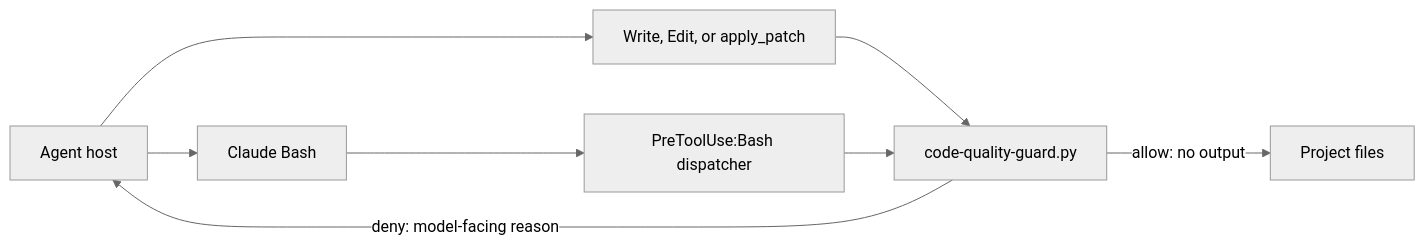
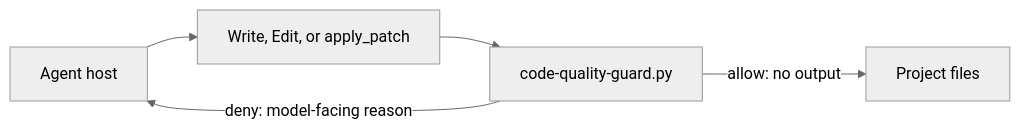
One commit to Denubis/denubis-plugins changed the diagram in docs/architecture/plugins/denubis-hook-code-quality-guard/0-context.md. Above: the diagram before and after it, drawn with Mermaid (neutral theme). The commit also changed other lines of this file and 48 other files, not shown here.

````diff
--- a/docs/architecture/plugins/denubis-hook-code-quality-guard/0-context.md
+++ b/docs/architecture/plugins/denubis-hook-code-quality-guard/0-context.md
@@ -19,14 +17,11 @@
 ```mermaid
 flowchart LR
     Host[Agent host]
     Structured[Write, Edit, or apply_patch]
-    Bash[Claude Bash]
-    Dispatcher[PreToolUse:Bash dispatcher]
     Guard[code-quality-guard.py]
     Files[Project files]
 
     Host --> Structured --> Guard
-    Host --> Bash --> Dispatcher --> Guard
     Guard -->|allow: no output| Files
     Guard -->|deny: model-facing reason| Host
 ```
````
